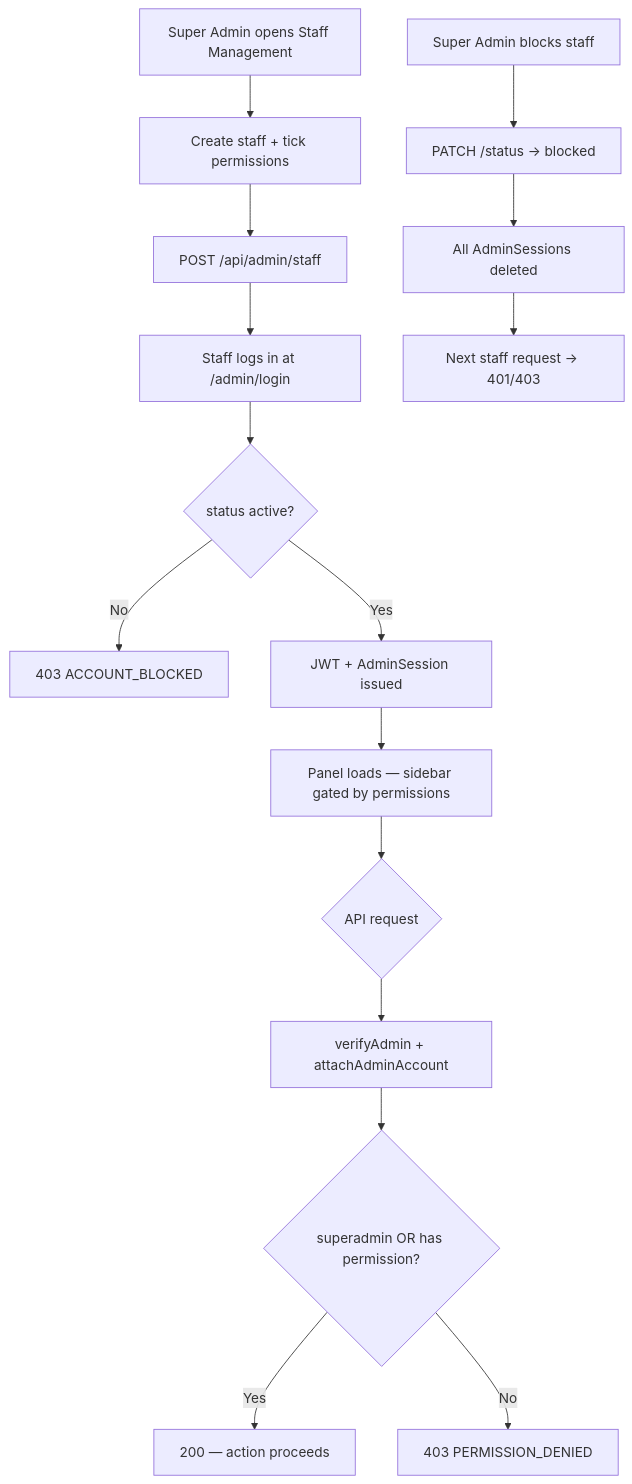
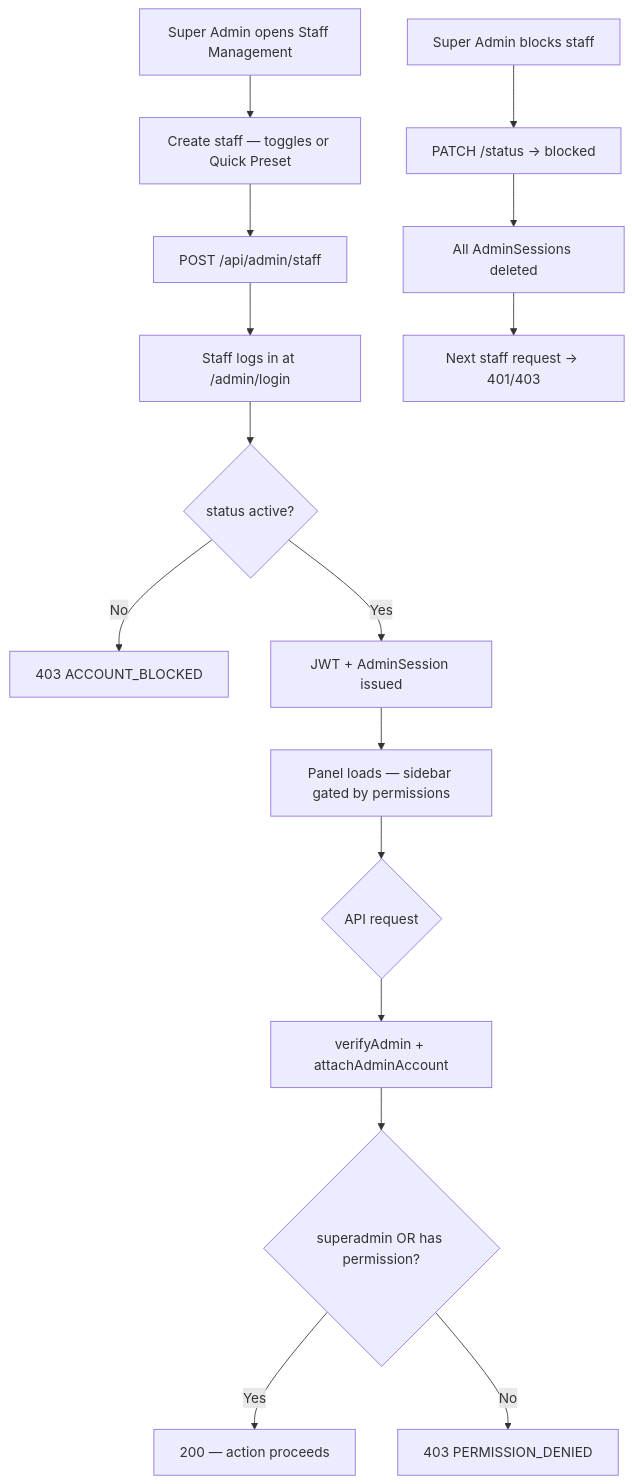
One commit to sabdulkarim010/eonlinebazar changed diagram 12 of 17 in README.md. Above: the diagram before and after it, drawn with Mermaid. The commit also changed other lines of this file and 3 other files, not shown here.

Commit message:
feat(admin): overhaul Staff Management UI with 2-column layout, permission toggle switches, and quick role presets

````diff
--- a/README.md
+++ b/README.md
@@ -1574,18 +1641,18 @@
 ```mermaid
 flowchart TD
-    A[Super Admin opens Staff Management] --> B[Create staff + tick permissions]
+    A[Super Admin opens Staff Management] --> B[Create staff — toggles or Quick Preset]
     B --> C[POST /api/admin/staff]
     C --> D[Staff logs in at /admin/login]
     D --> E{status active?}
     E -->|No| F[403 ACCOUNT_BLOCKED]
     E -->|Yes| G[JWT + AdminSession issued]
     G --> H[Panel loads — sidebar gated by permissions]
     H --> I{API request}
     I --> J[verifyAdmin + attachAdminAccount]
     J --> K{superadmin OR has permission?}
     K -->|Yes| L[200 — action proceeds]
     K -->|No| M[403 PERMISSION_DENIED]
     N[Super Admin blocks staff] --> O[PATCH /status → blocked]
     O --> P[All AdminSessions deleted]
     P --> Q[Next staff request → 401/403]
 ```
````
